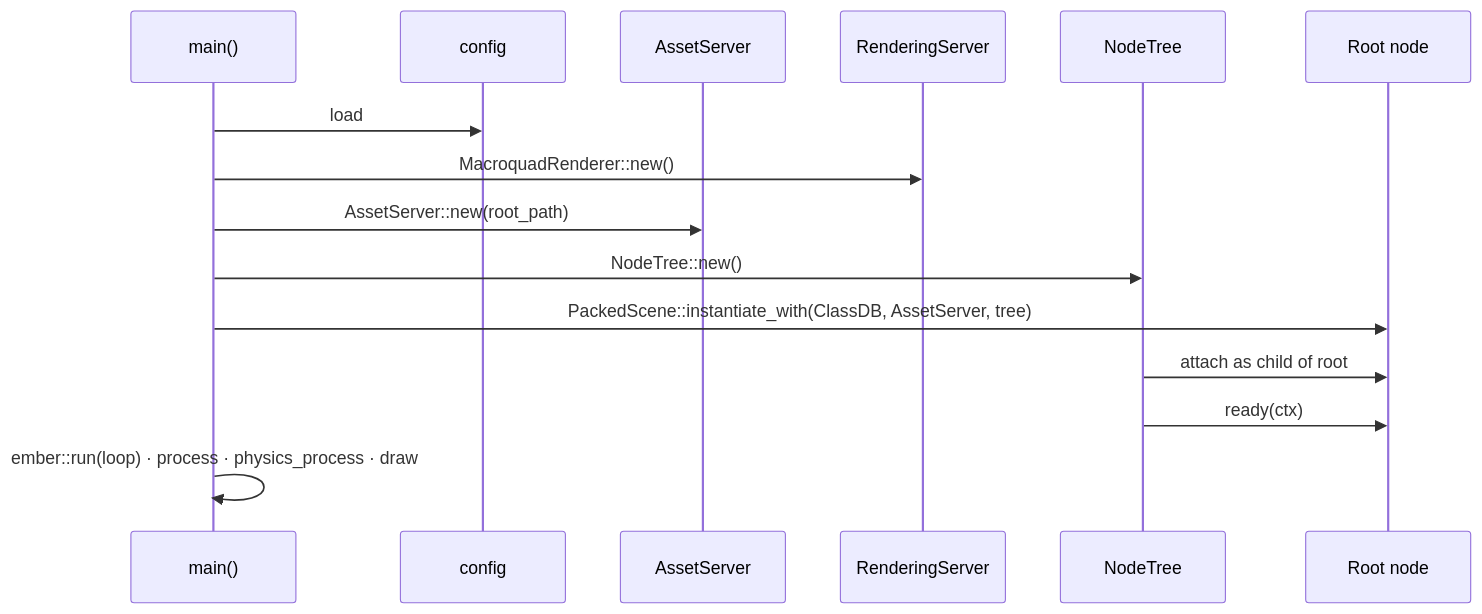
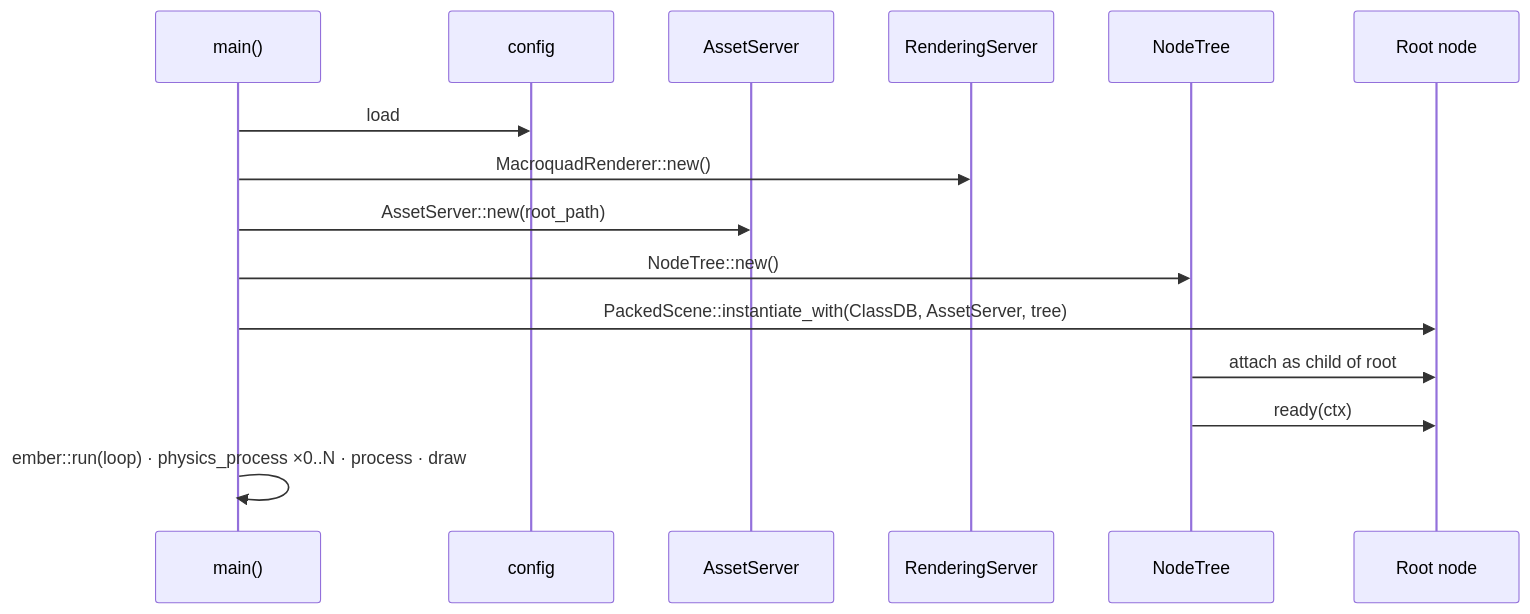
The fourth of 4 diagrams in ember-vault/10 Engine Spec v0.1/01-architecture.md (titouanthd/ember), drawn with Mermaid before and after one commit. The commit also changed 6 other files, not shown here.

First line of the commit message:
doc(vault-roadmap): Close Phase 0

````diff
--- a/ember-vault/10 Engine Spec v0.1/01-architecture.md
+++ b/ember-vault/10 Engine Spec v0.1/01-architecture.md
@@ -239,18 +239,18 @@
 ```mermaid
 sequenceDiagram
     participant Main as main()
     participant Cfg as config
     participant AS as AssetServer
     participant RS as RenderingServer
     participant Tree as NodeTree
     participant Root as Root node
 
     Main->>Cfg: load
     Main->>RS: MacroquadRenderer::new()
     Main->>AS: AssetServer::new(root_path)
     Main->>Tree: NodeTree::new()
     Main->>Root: PackedScene::instantiate_with(ClassDB, AssetServer, tree)
     Tree->>Root: attach as child of root
     Tree->>Root: ready(ctx)
-    Main->>Main: ember::run(loop) · process · physics_process · draw
+    Main->>Main: ember::run(loop) · physics_process ×0..N · process · draw
 ```
````
